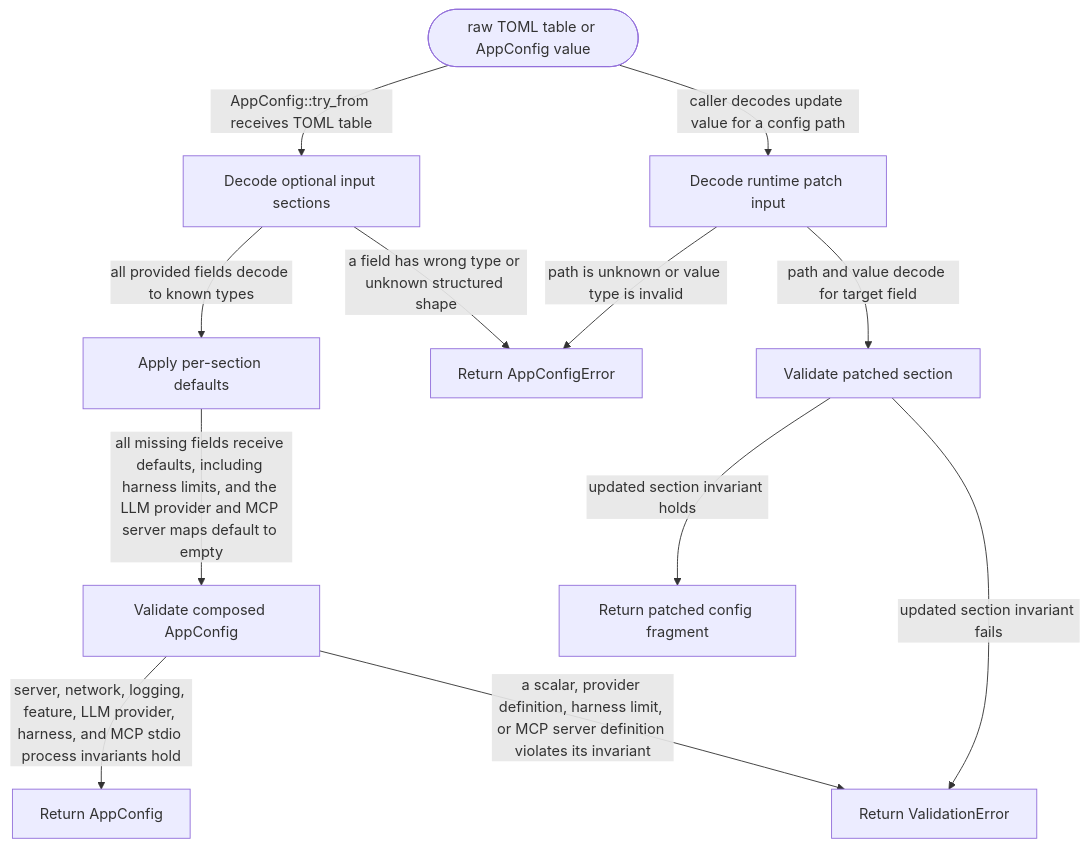
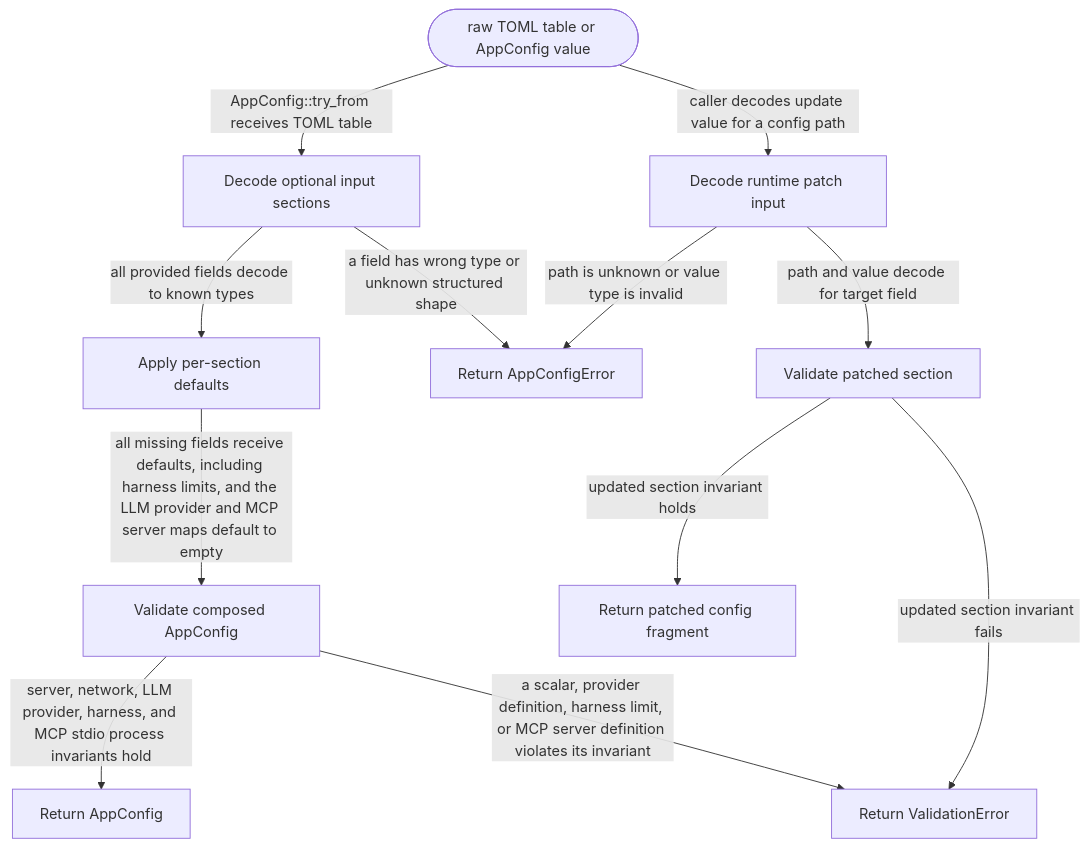
The diagram in crates/config-model/README.md (JiaJunDeng5930/Selvedge), drawn with Mermaid before and after one commit. The commit also changed other lines of this file and 142 other files, not shown here.

````diff
--- a/crates/config-model/README.md
+++ b/crates/config-model/README.md
@@ -145,25 +144,25 @@
 ```mermaid
 flowchart TD
   Start([raw TOML table or AppConfig value])
   Decode[Decode optional input sections]
   Defaults[Apply per-section defaults]
   Validate[Validate composed AppConfig]
   Ready[Return AppConfig]
   DecodeError[Return AppConfigError]
   ValidationError[Return ValidationError]
   PatchInput[Decode runtime patch input]
   PatchValidate[Validate patched section]
   PatchReady[Return patched config fragment]
 
   Start -->|AppConfig::try_from receives TOML table| Decode
   Decode -->|all provided fields decode to known types| Defaults
   Decode -->|a field has wrong type or unknown structured shape| DecodeError
   Defaults -->|all missing fields receive defaults, including harness limits, and the LLM provider and MCP server maps default to empty| Validate
-  Validate -->|server, network, logging, feature, LLM provider, harness, and MCP stdio process invariants hold| Ready
+  Validate -->|server, network, LLM provider, harness, and MCP stdio process invariants hold| Ready
   Validate -->|a scalar, provider definition, harness limit, or MCP server definition violates its invariant| ValidationError
   Start -->|caller decodes update value for a config path| PatchInput
   PatchInput -->|path and value decode for target field| PatchValidate
   PatchInput -->|path is unknown or value type is invalid| DecodeError
   PatchValidate -->|updated section invariant holds| PatchReady
   PatchValidate -->|updated section invariant fails| ValidationError
 ```
````
